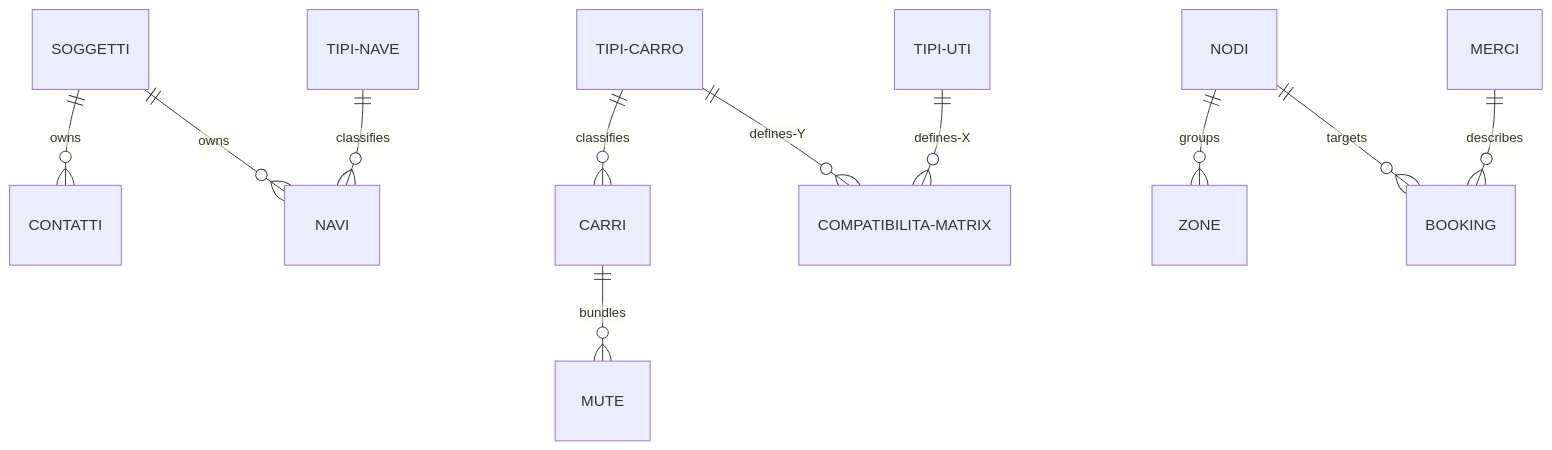
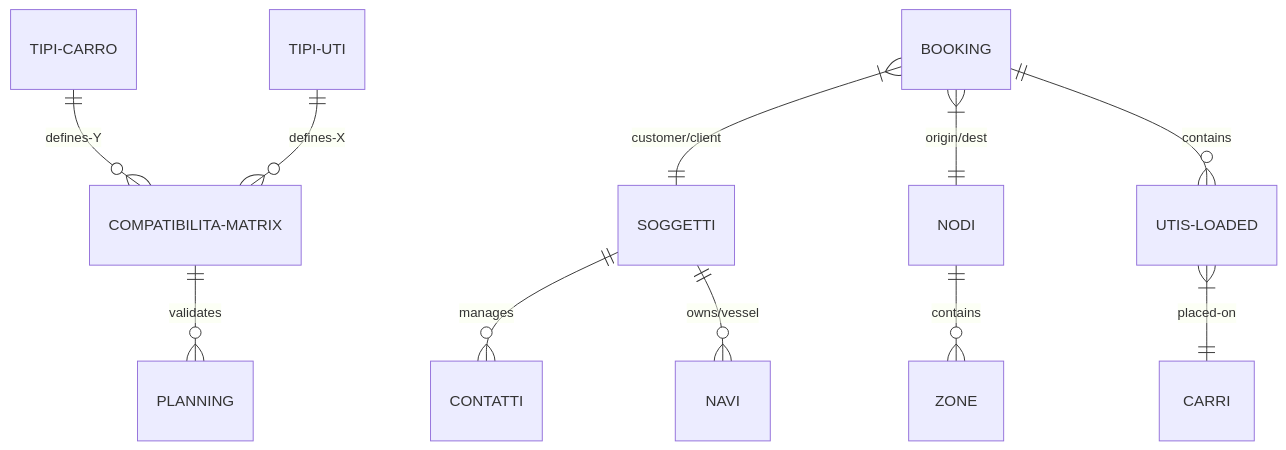
Before and after one commit to wavecentric/docs: the second of 3 diagrams in magemo/connectivity.mdx, drawn with Mermaid. The commit also changed other lines of this file and 12 other files, not shown here.

````diff
--- a/magemo/connectivity.mdx
+++ b/magemo/connectivity.mdx
@@ -31,13 +37,13 @@
 ```mermaid
 erDiagram
-    SOGGETTI ||--o{ CONTATTI : owns
-    SOGGETTI ||--o{ NAVI : owns
-    TIPI-NAVE ||--o{ NAVI : classifies
-    TIPI-CARRO ||--o{ CARRI : classifies
-    TIPI-CARRO ||--o{ COMPATIBILITA-MATRIX : defines-Y
-    TIPI-UTI ||--o{ COMPATIBILITA-MATRIX : defines-X
-    NODI ||--o{ ZONE : groups
-    NODI ||--o{ BOOKING : targets
-    CARRI ||--o{ MUTE : bundles
-    MERCI ||--o{ BOOKING : describes
+    SOGGETTI ||--o{ CONTATTI : "manages"
+    SOGGETTI ||--o{ NAVI : "owns/vessel"
+    NODI ||--o{ ZONE : "contains"
+    TIPI-CARRO ||--o{ COMPATIBILITA-MATRIX : "defines-Y"
+    TIPI-UTI ||--o{ COMPATIBILITA-MATRIX : "defines-X"
+    COMPATIBILITA-MATRIX ||--o{ PLANNING : "validates"
+    BOOKING }|--|| SOGGETTI : "customer/client"
+    BOOKING }|--|| NODI : "origin/dest"
+    BOOKING ||--o{ UTIS-LOADED : "contains"
+    UTIS-LOADED }|--|| CARRI : "placed-on"
 ```
````
